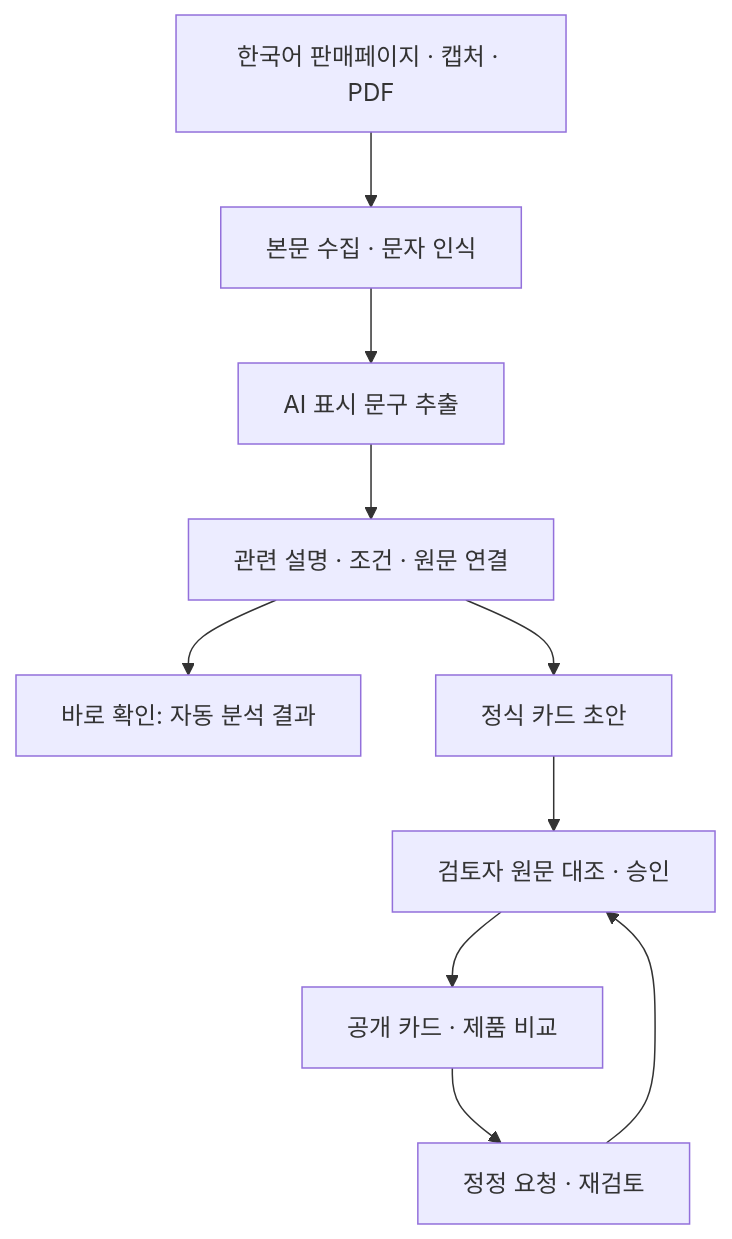
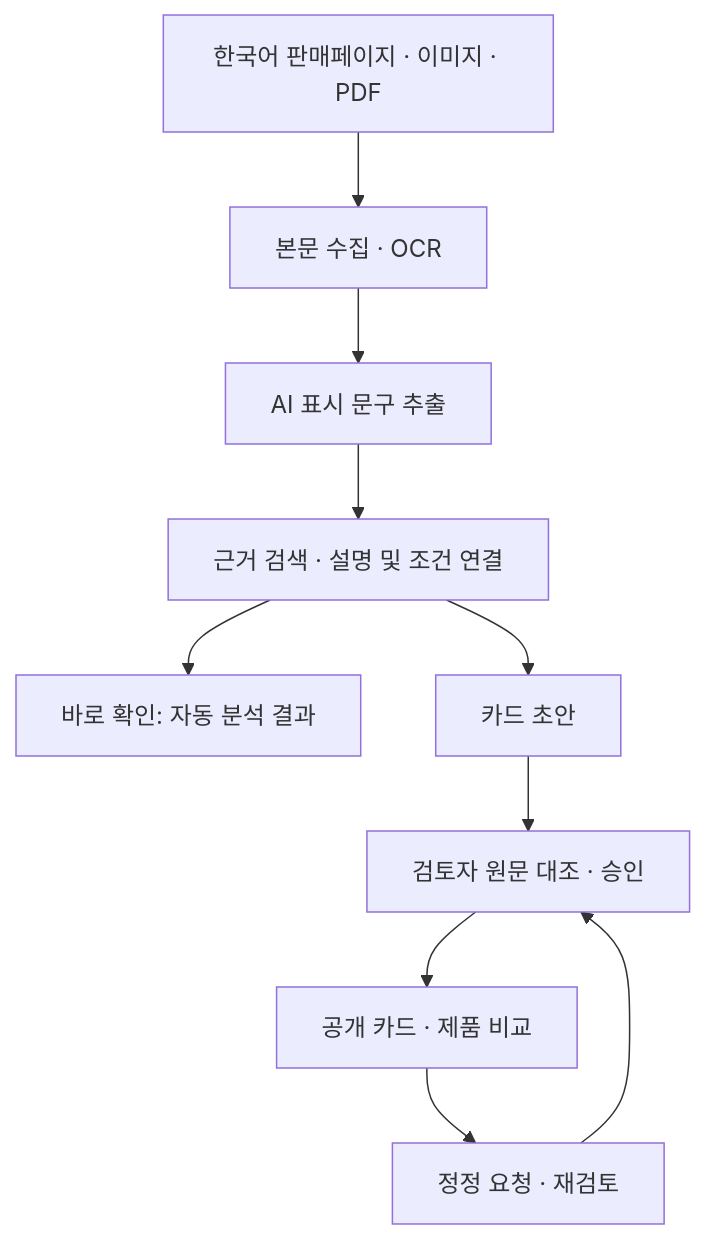
One commit to qutesophie-brilliant/aicard changed the diagram in README.md. Above: the diagram before and after it, drawn with Mermaid. The commit also changed other lines of this file, not shown here.

````diff
--- a/README.md
+++ b/README.md
@@ -26,12 +23,12 @@
 ```mermaid
 flowchart TD
-    A[한국어 판매페이지 · 캡처 · PDF] --> B[본문 수집 · 문자 인식]
+    A[한국어 판매페이지 · 이미지 · PDF] --> B[본문 수집 · OCR]
     B --> C[AI 표시 문구 추출]
-    C --> D[관련 설명 · 조건 · 원문 연결]
+    C --> D[근거 검색 · 설명 및 조건 연결]
     D --> E[바로 확인: 자동 분석 결과]
-    D --> F[정식 카드 초안]
+    D --> F[카드 초안]
     F --> G[검토자 원문 대조 · 승인]
     G --> H[공개 카드 · 제품 비교]
     H --> I[정정 요청 · 재검토]
     I --> G
 ```
````
